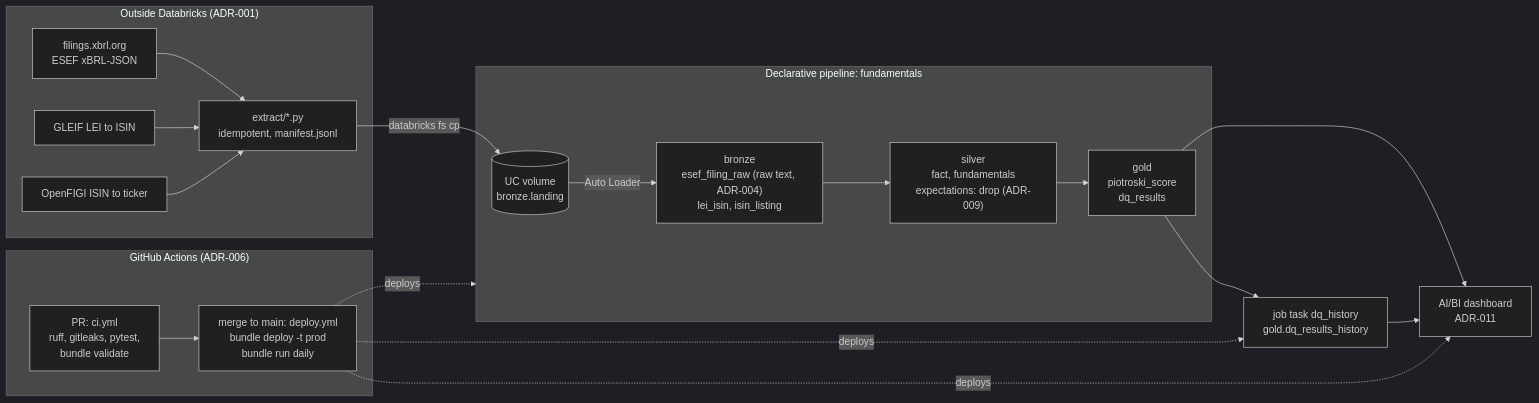
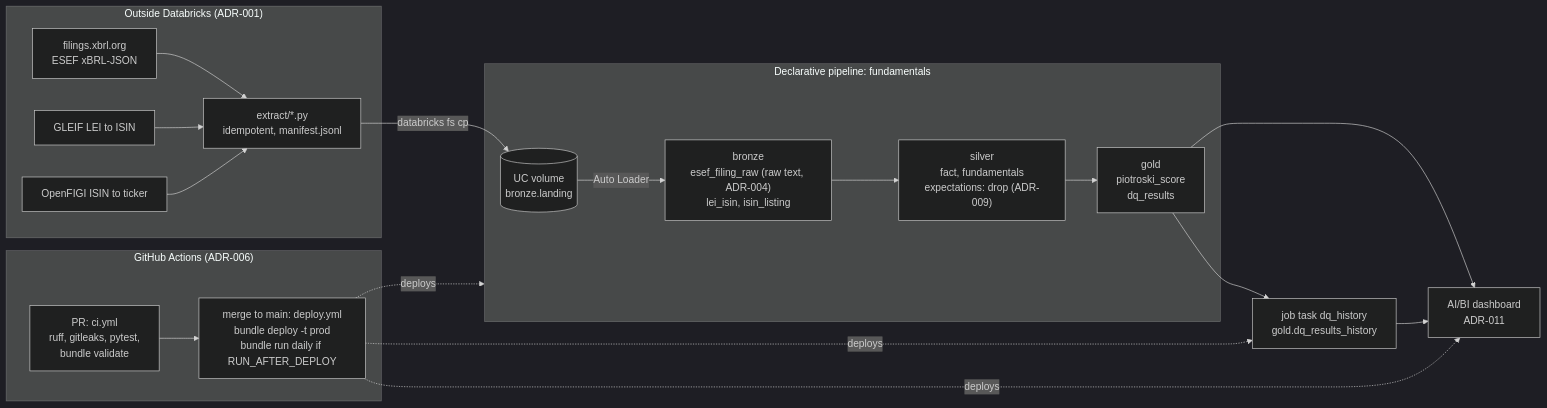
One commit to justinas-mockus/piotroski-eu-lakehouse changed the diagram in README.md. Above: the diagram before and after it, drawn with Mermaid (dark theme). The commit also changed other lines of this file and 2 other files, not shown here.

Commit message:
docs: review fixes for deploy run flag, warehouse grant and listing order

````diff
--- a/README.md
+++ b/README.md
@@ -15,28 +15,28 @@
 ```mermaid
 flowchart LR
     subgraph outside["Outside Databricks (ADR-001)"]
         X1[filings.xbrl.org<br/>ESEF xBRL-JSON] --> E[extract/*.py<br/>idempotent, manifest.jsonl]
         X2[GLEIF LEI to ISIN] --> E
         X3[OpenFIGI ISIN to ticker] --> E
     end
 
     E -- "databricks fs cp" --> V[(UC volume<br/>bronze.landing)]
 
     subgraph pipeline["Declarative pipeline: fundamentals"]
         V -- Auto Loader --> B["bronze<br/>esef_filing_raw (raw text, ADR-004)<br/>lei_isin, isin_listing"]
         B --> S["silver<br/>fact, fundamentals<br/>expectations: drop (ADR-009)"]
         S --> G["gold<br/>piotroski_score<br/>dq_results"]
     end
 
     G --> J[job task dq_history<br/>gold.dq_results_history]
     G --> D[AI/BI dashboard<br/>ADR-011]
     J --> D
 
     subgraph cicd["GitHub Actions (ADR-006)"]
-        PR[PR: ci.yml<br/>ruff, gitleaks, pytest,<br/>bundle validate] --> M[merge to main: deploy.yml<br/>bundle deploy -t prod<br/>bundle run daily]
+        PR[PR: ci.yml<br/>ruff, gitleaks, pytest,<br/>bundle validate] --> M[merge to main: deploy.yml<br/>bundle deploy -t prod<br/>bundle run daily if RUN_AFTER_DEPLOY]
     end
 
     M -. deploys .-> pipeline
     M -. deploys .-> J
     M -. deploys .-> D
 ```
````
